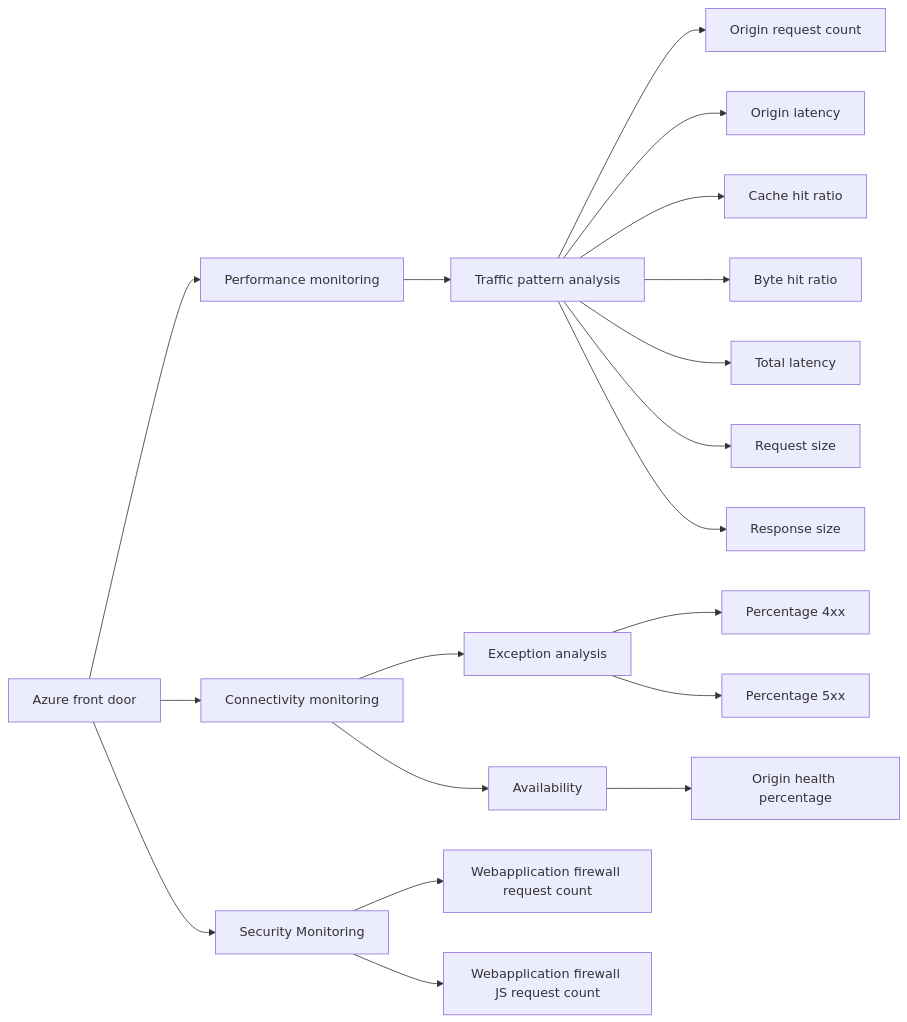
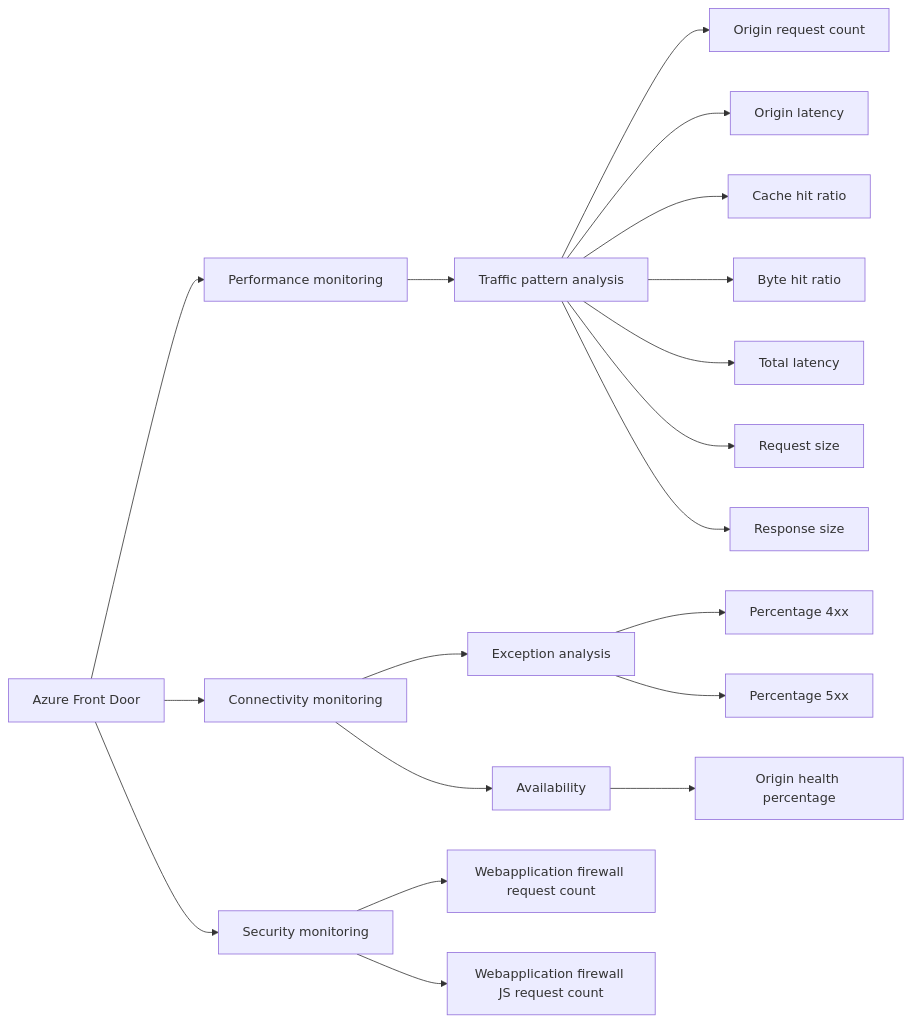
The diagram in services/Network/frontdoors/_index.md (Azure/azure-monitor-baseline-alerts), drawn with Mermaid before and after one commit. The commit also changed other lines of this file, not shown here.

Commit message:
Changes in the Azure Front Door to align capitalization with public documentation.

````diff
--- a/services/Network/frontdoors/_index.md
+++ b/services/Network/frontdoors/_index.md
@@ -32,25 +31,21 @@
 ```mermaid
 flowchart LR
-    AFD[Azure front door]-->A[Performance monitoring]
+    AFD[Azure Front Door]-->A[Performance monitoring]
     A-->A1[Traffic pattern analysis]
     A1-->A3[Origin request count]
     A1-->A4[Origin latency]
     A1-->A5[Cache hit ratio]
     A1-->A6[Byte hit ratio]
     A1-->A7[Total latency]
     A1-->A8[Request size]
     A1-->A9[Response size]
-
     AFD-->B[Connectivity monitoring]
     B-->B1[Exception analysis]
     B1-->B2[Percentage 4xx]
     B1-->B3[Percentage 5xx]
     B-->B4[Availability]
     B4-->B5[Origin health percentage]
-
-    AFD-->D[Security Monitoring]
+    AFD-->D[Security monitoring]
     D-->D1[Webapplication firewall request count]
     D-->D2[Webapplication firewall JS request count]
-
-
 ```
````
